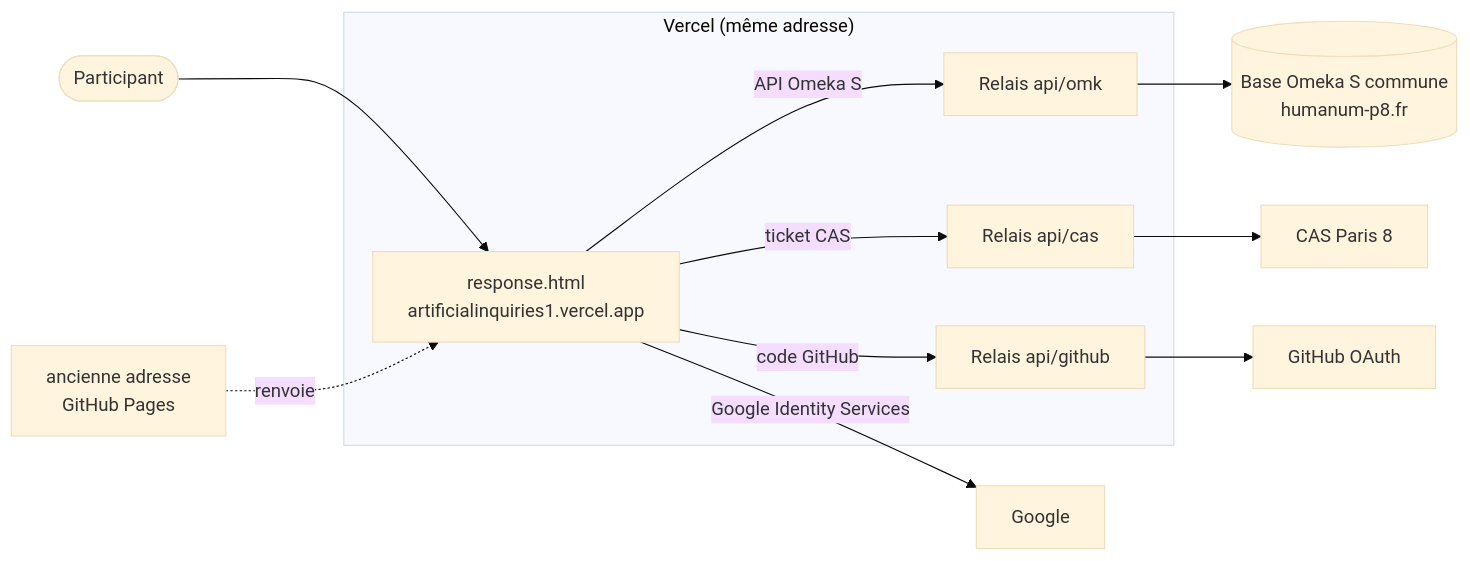
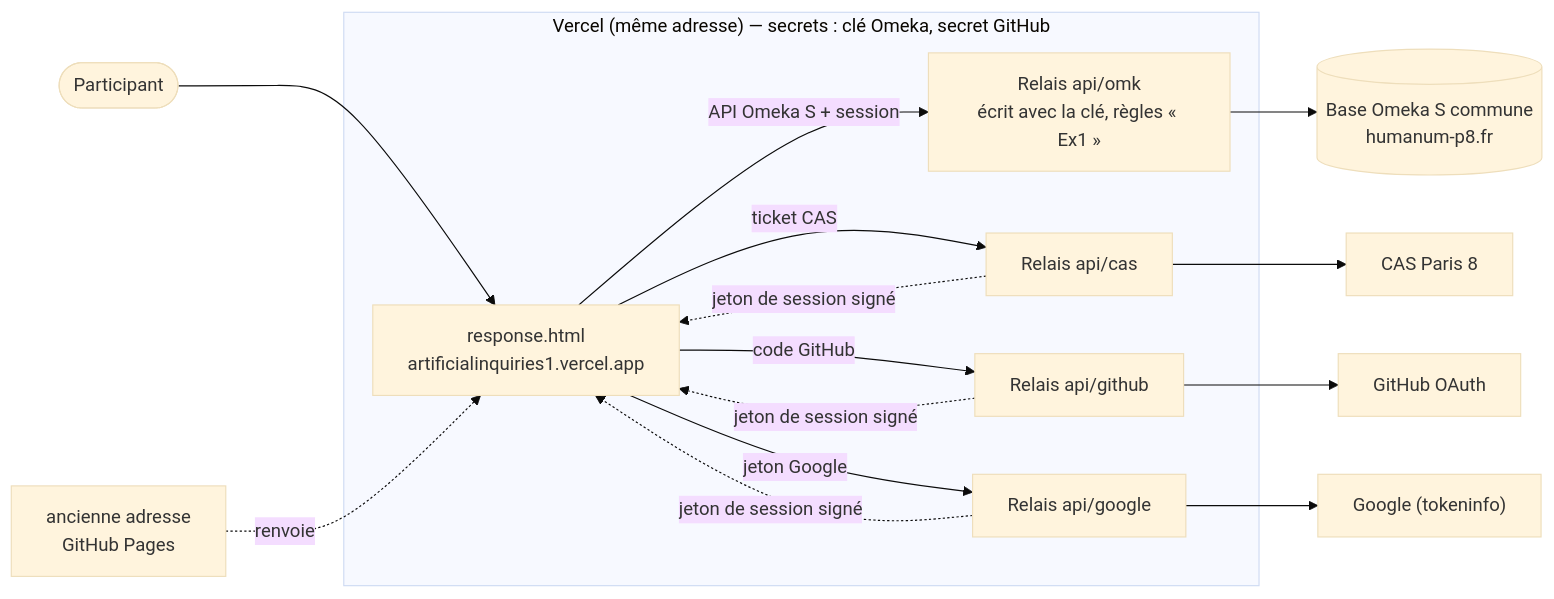
The diagram in README.md (AntoineJarnoux/ArtificialInquiries_1), drawn with Mermaid (base theme) before and after one commit. The commit also changed other lines of this file and 7 other files, not shown here.

First line of the commit message:
Connexion GitHub, Google ou université seulement ; clé Omeka côté Vercel

````diff
--- a/README.md
+++ b/README.md
@@ -68,18 +73,21 @@
 ```mermaid
 flowchart LR
     U(["Participant"]) --> P["response.html<br/>artificialinquiries1.vercel.app"]
     GP["ancienne adresse<br/>GitHub Pages"] -.->|"renvoie"| P
-    subgraph V["Vercel (même adresse)"]
+    subgraph V["Vercel (même adresse) — secrets : clé Omeka, secret GitHub"]
         P
-        R1["Relais api/omk"]
+        R1["Relais api/omk<br/>écrit avec la clé, règles « Ex1 »"]
         R2["Relais api/cas"]
         R3["Relais api/github"]
+        R4["Relais api/google"]
     end
-    P -->|"API Omeka S"| R1
+    R2 & R3 & R4 -.->|"jeton de session signé"| P
+    P -->|"API Omeka S + session"| R1
     R1 --> O[("Base Omeka S commune<br/>humanum-p8.fr")]
     P -->|"ticket CAS"| R2
     R2 --> C["CAS Paris 8"]
     P -->|"code GitHub"| R3
     R3 --> G["GitHub OAuth"]
-    P -->|"Google Identity Services"| GG["Google"]
+    P -->|"jeton Google"| R4
+    R4 --> GG["Google (tokeninfo)"]
 ```
````
